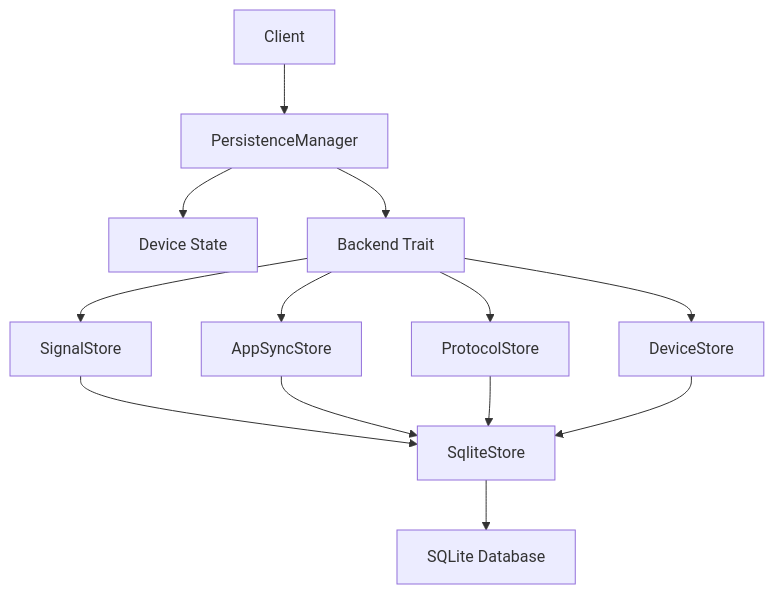
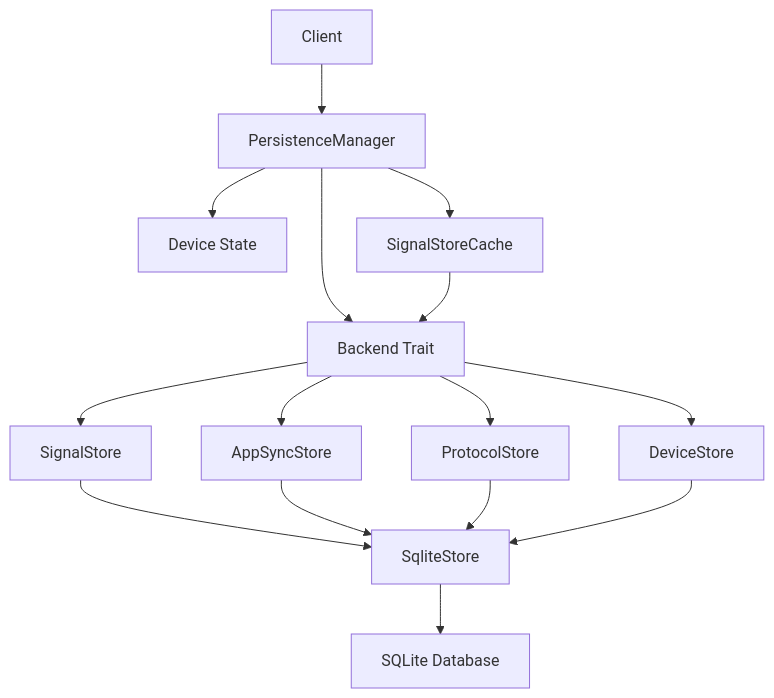
Before and after one commit to jlucaso1/whatsapp-rust-docs: the diagram in concepts/storage.mdx, drawn with Mermaid. The commit also changed other lines of this file and 1 other file, not shown here.

Commit message:
Document SignalStoreCache for improved crypto performance

````diff
--- a/concepts/storage.mdx
+++ b/concepts/storage.mdx
@@ -12,15 +12,17 @@
 ```mermaid
 graph TB
     A[Client] --> B[PersistenceManager]
     B --> C[Device State]
     B --> D[Backend Trait]
+    B --> K[SignalStoreCache]
+    K --> D
     D --> E[SignalStore]
     D --> F[AppSyncStore]
     D --> G[ProtocolStore]
     D --> H[DeviceStore]
     E --> I[SqliteStore]
     F --> I
     G --> I
     H --> I
     I --> J[SQLite Database]
 ```
````
